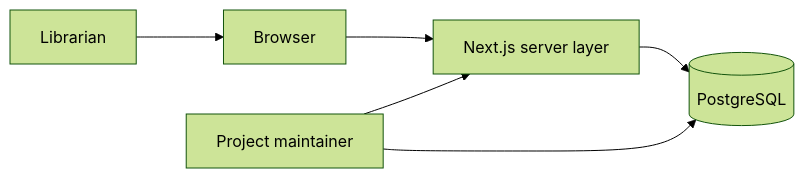
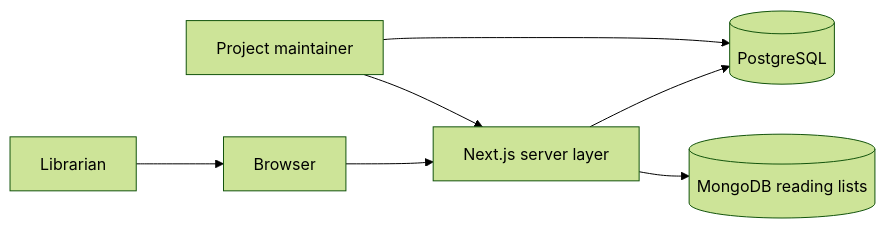
The diagram in docs/architecture-description.md (JignasP/ShelfSense), drawn with Mermaid (forest theme) before and after one commit. The commit also changed other lines of this file and 48 other files, not shown here.

Commit message:
feat: complete staff application and MongoDB reading lists

````diff
--- a/docs/architecture-description.md
+++ b/docs/architecture-description.md
@@ -12,8 +12,9 @@
 ```mermaid
 flowchart LR
     Staff[Librarian] --> Browser[Browser]
     Browser --> Server[Next.js server layer]
     Server --> DB[(PostgreSQL)]
+    Server --> Lists[(MongoDB reading lists)]
     Maintainer[Project maintainer] --> Server
     Maintainer --> DB
 ```
````
